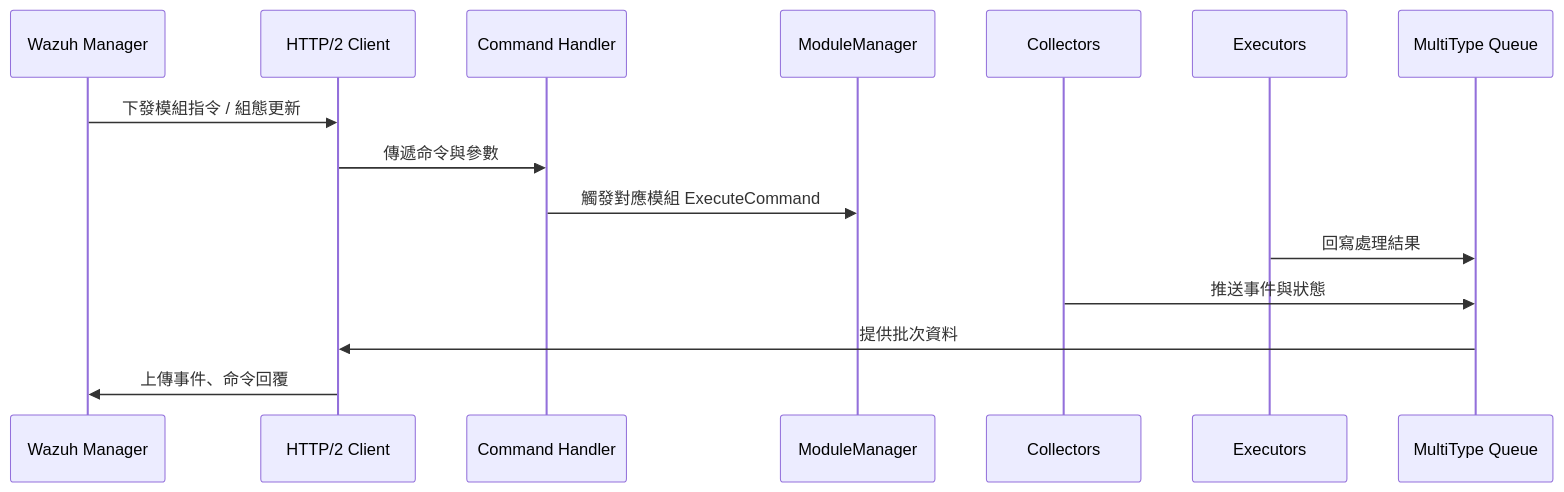
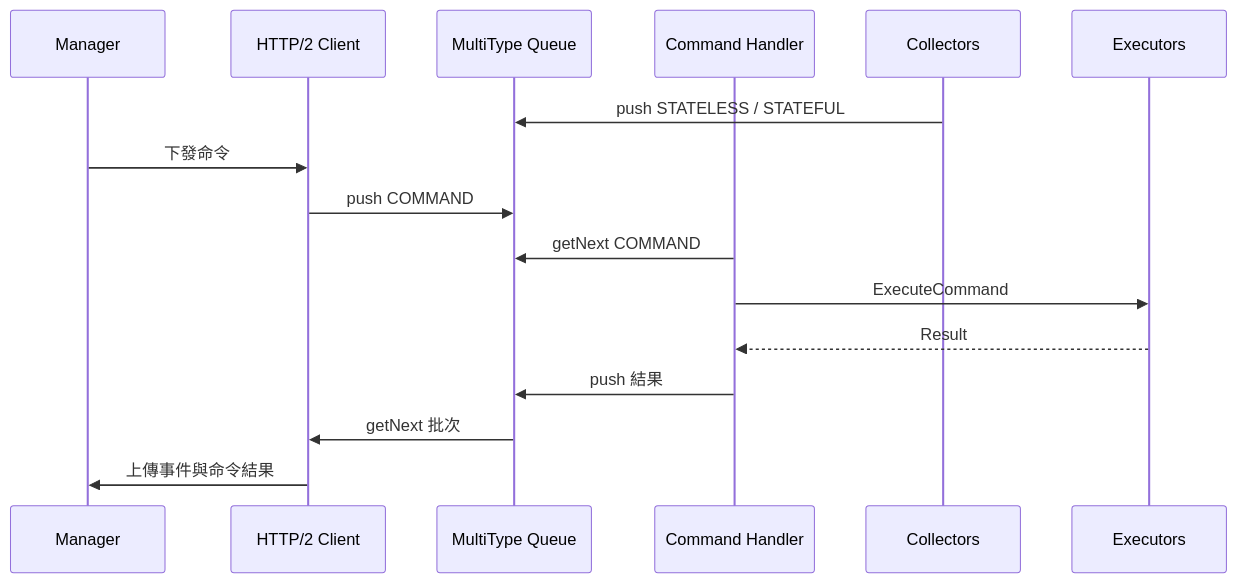
One commit to edhsu1984/wazuh-agent changed the diagram in references/functional-modules-collectors-executors.md. Above: the diagram before and after it, drawn with Mermaid. The commit also changed other lines of this file and 3 other files, not shown here.

Commit message:
docs: refresh references for agent architecture

````diff
--- a/references/functional-modules-collectors-executors.md
+++ b/references/functional-modules-collectors-executors.md
@@ -95,18 +32,19 @@
 ```mermaid
 sequenceDiagram
-    participant Manager as Wazuh Manager
+    participant Manager
     participant Client as HTTP/2 Client
+    participant Queue as MultiType Queue
     participant Cmd as Command Handler
-    participant Modules as ModuleManager
     participant Col as Collectors
     participant Exe as Executors
-    participant Queue as MultiType Queue
 
-    Manager->>Client: 下發模組指令 / 組態更新
-    Client->>Cmd: 傳遞命令與參數
-    Cmd->>Modules: 觸發對應模組 ExecuteCommand
-    Exe->>Queue: 回寫處理結果
-    Col->>Queue: 推送事件與狀態
-    Queue->>Client: 提供批次資料
-    Client->>Manager: 上傳事件、命令回覆
+    Col->>Queue: push STATELESS / STATEFUL
+    Manager->>Client: 下發命令
+    Client->>Queue: push COMMAND
+    Cmd->>Queue: getNext COMMAND
+    Cmd->>Exe: ExecuteCommand
+    Exe-->>Cmd: Result
+    Cmd->>Queue: push 結果
+    Queue->>Client: getNext 批次
+    Client->>Manager: 上傳事件與命令結果
 ```
````
